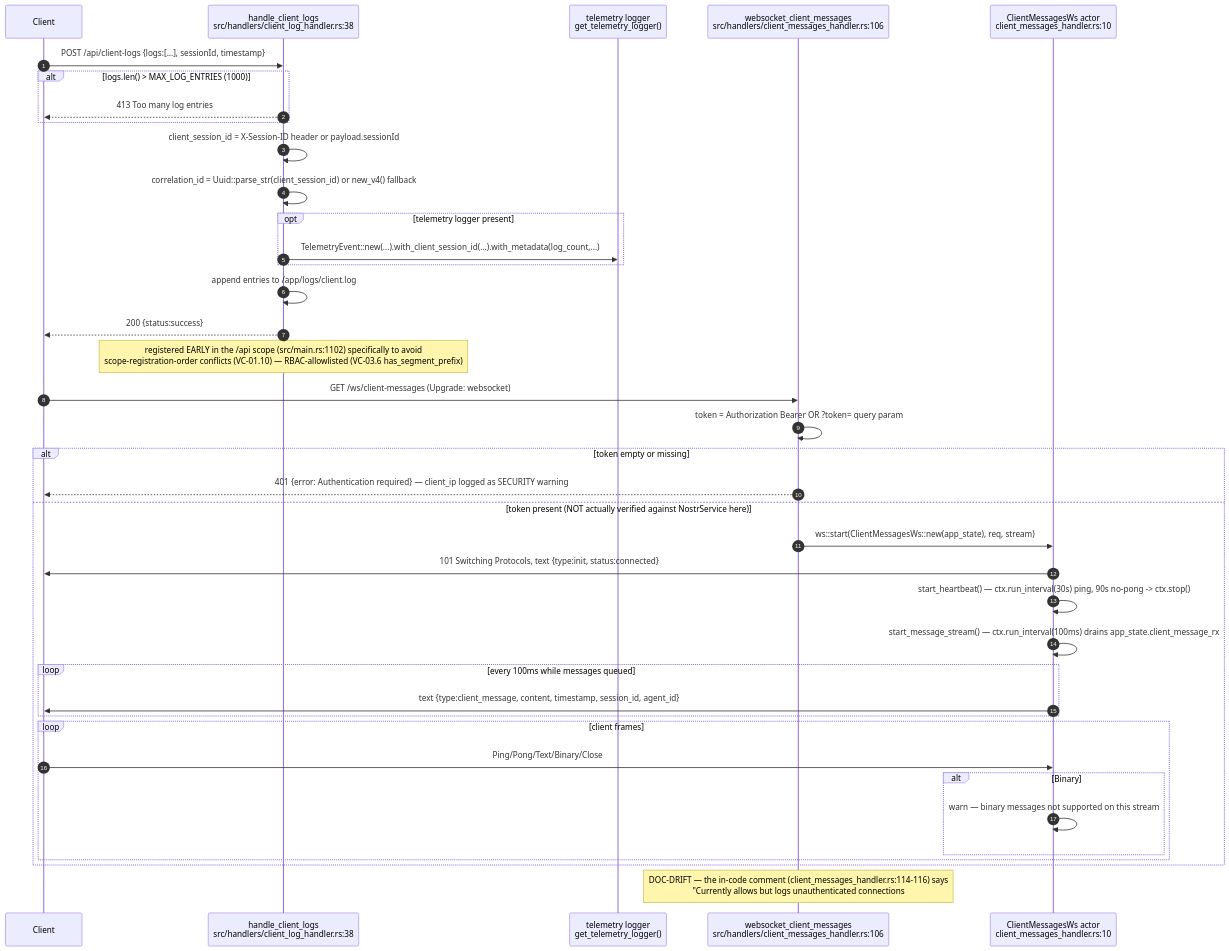
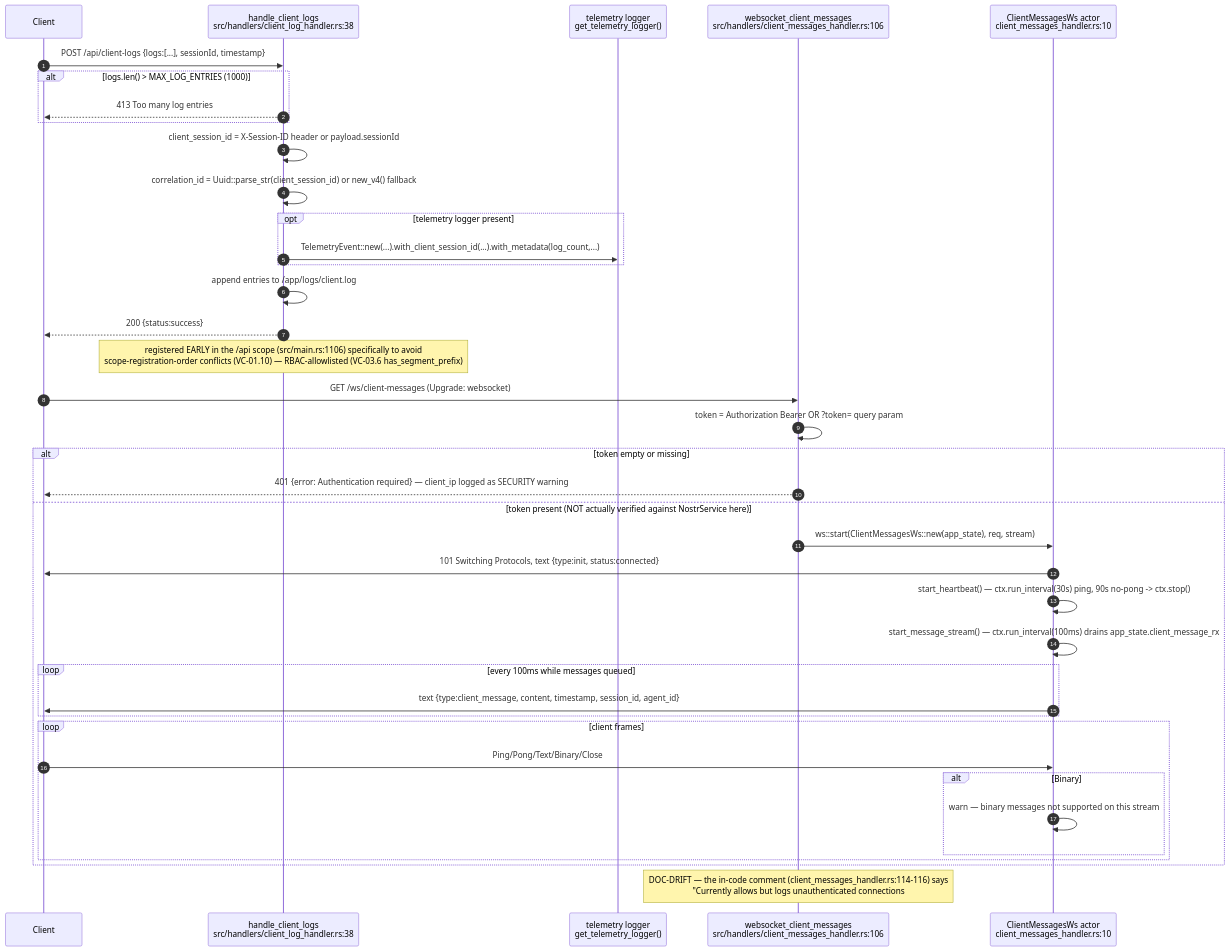
Diagram 22 of 24 in docs/diagrams/visionclaw/04-handlers-graph-and-state.md (DreamLab-AI/VisionFlow), drawn with Mermaid before and after one commit. The commit also changed other lines of this file and 136 other files, not shown here.

First line of the commit message:
docs(diagrams): refresh the whole corpus to code HEAD and prune low-value diagrams

````diff
--- a/docs/diagrams/visionclaw/04-handlers-graph-and-state.md
+++ b/docs/diagrams/visionclaw/04-handlers-graph-and-state.md
@@ -1075,43 +972,43 @@
 ```mermaid
 sequenceDiagram
     autonumber
     participant C as Client
     participant CL as handle_client_logs<br/>src/handlers/client_log_handler.rs:38
     participant TL as telemetry logger<br/>get_telemetry_logger()
     participant WS as websocket_client_messages<br/>src/handlers/client_messages_handler.rs:106
     participant CW as ClientMessagesWs actor<br/>client_messages_handler.rs:10
 
     C->>CL: POST /api/client-logs {logs:[...], sessionId, timestamp}
     alt logs.len() > MAX_LOG_ENTRIES (1000)
         CL-->>C: 413 Too many log entries
     end
     CL->>CL: client_session_id = X-Session-ID header or payload.sessionId
     CL->>CL: correlation_id = Uuid::parse_str(client_session_id) or new_v4() fallback
     opt telemetry logger present
         CL->>TL: TelemetryEvent::new(...).with_client_session_id(...).with_metadata(log_count,...)
     end
     CL->>CL: append entries to /app/logs/client.log
     CL-->>C: 200 {status:success}
-    Note over CL: registered EARLY in the /api scope (src/main.rs:1102) specifically to avoid<br/>scope-registration-order conflicts (VC-01.10) — RBAC-allowlisted (VC-03.6 has_segment_prefix)
+    Note over CL: registered EARLY in the /api scope (src/main.rs:1106) specifically to avoid<br/>scope-registration-order conflicts (VC-01.10) — RBAC-allowlisted (VC-03.6 has_segment_prefix)
 
     C->>WS: GET /ws/client-messages (Upgrade: websocket)
     WS->>WS: token = Authorization Bearer OR ?token= query param
     alt token empty or missing
         WS-->>C: 401 {error: Authentication required} — client_ip logged as SECURITY warning
     else token present (NOT actually verified against NostrService here)
         WS->>CW: ws::start(ClientMessagesWs::new(app_state), req, stream)
         CW->>C: 101 Switching Protocols, text {type:init, status:connected}
         CW->>CW: start_heartbeat() — ctx.run_interval(30s) ping, 90s no-pong -> ctx.stop()
         CW->>CW: start_message_stream() — ctx.run_interval(100ms) drains app_state.client_message_rx
         loop every 100ms while messages queued
             CW->>C: text {type:client_message, content, timestamp, session_id, agent_id}
         end
         loop client frames
             C->>CW: Ping/Pong/Text/Binary/Close
             alt Binary
                 CW->>CW: warn — binary messages not supported on this stream
             end
         end
     end
     Note over WS: DOC-DRIFT — the in-code comment (client_messages_handler.rs:114-116) says<br/>#quot;Currently allows but logs unauthenticated connections#quot but the code (:131-142)<br/>actually REJECTS an empty token with 401 — the token's CONTENTS are never verified<br/>against NostrService, only its presence, so any non-empty string passes
 ```
````
